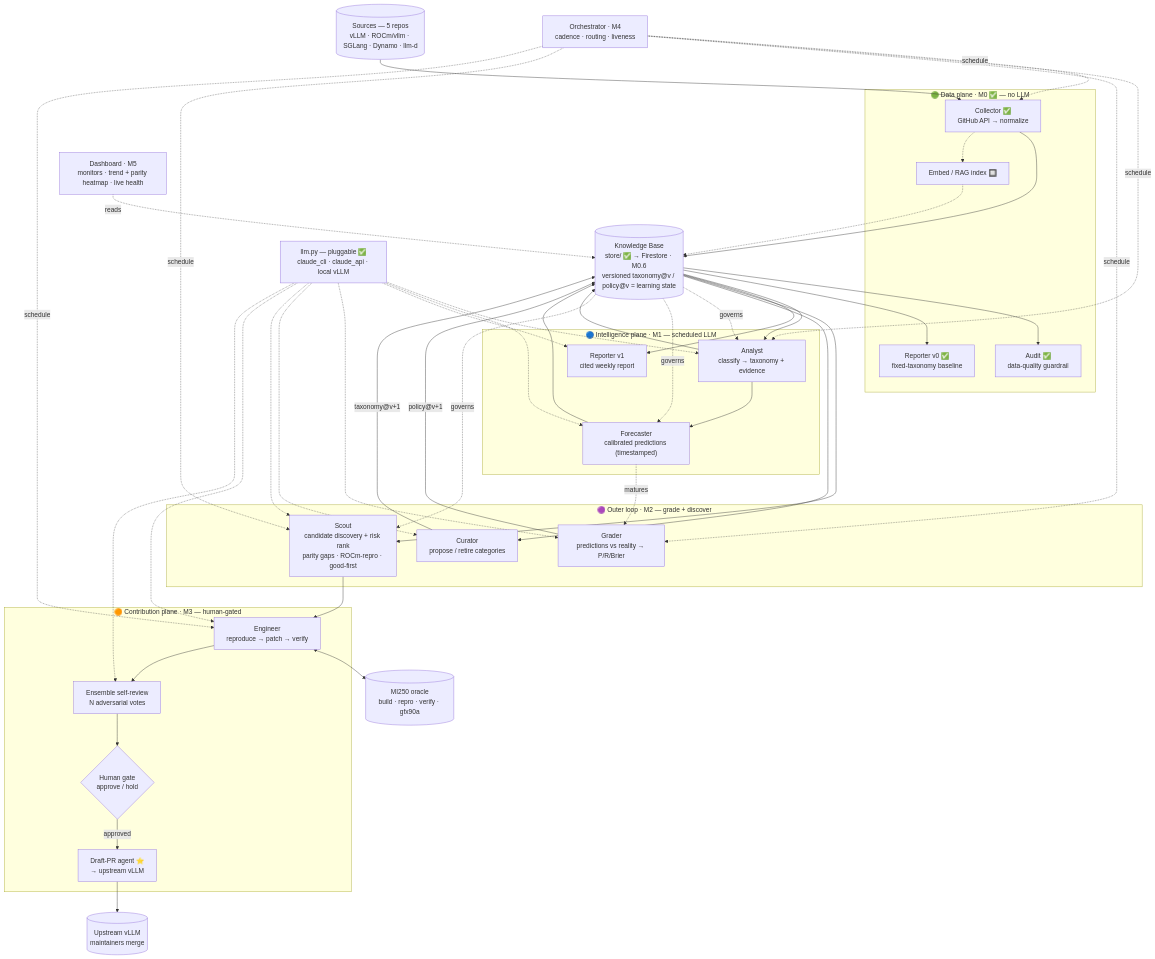
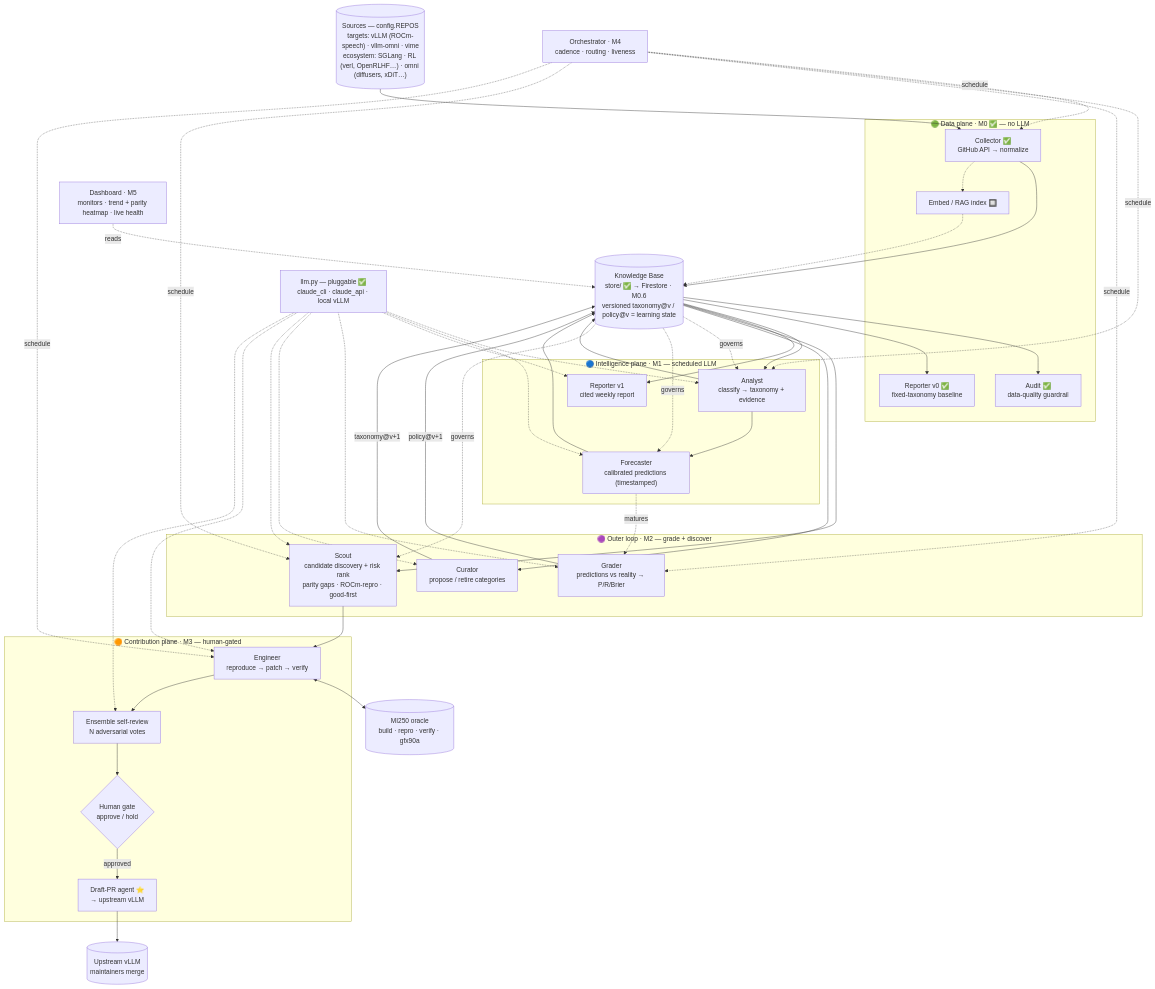
The first of 2 diagrams in docs/PLAN.md (HAN-oQo/vllm-forager), drawn with Mermaid before and after one commit. The commit also changed other lines of this file and 2 other files, not shown here.

First line of the commit message:
docs: retarget rework plan (M3.9) + refresh strategy/diagrams/README to multi-domain

````diff
--- a/docs/PLAN.md
+++ b/docs/PLAN.md
@@ -113,59 +115,59 @@
 ```mermaid
 flowchart TB
-  SRC[("Sources — 5 repos<br/>vLLM · ROCm/vllm · SGLang · Dynamo · llm-d")]
+  SRC[("Sources — config.REPOS<br/>targets: vLLM (ROCm-speech) · vllm-omni · vime<br/>ecosystem: SGLang · RL (verl, OpenRLHF…) · omni (diffusers, xDiT…)")]
 
   subgraph DATA["🟢 Data plane · M0 ✅ — no LLM"]
     COL["Collector ✅<br/>GitHub API → normalize"]
     EMB["Embed / RAG index 🔲"]
     AUD["Audit ✅<br/>data-quality guardrail"]
     REP0["Reporter v0 ✅<br/>fixed-taxonomy baseline"]
   end
 
   KB[("Knowledge Base<br/>store/ ✅ → Firestore · M0.6<br/>versioned taxonomy@v / policy@v = learning state")]
 
   subgraph INNER["🔵 Intelligence plane · M1 — scheduled LLM"]
     ANA["Analyst<br/>classify → taxonomy + evidence"]
     FC["Forecaster<br/>calibrated predictions (timestamped)"]
     REP1["Reporter v1<br/>cited weekly report"]
   end
 
   subgraph OUTER["🟣 Outer loop · M2 — grade + discover"]
     GRA["Grader<br/>predictions vs reality → P/R/Brier"]
     CUR["Curator<br/>propose / retire categories"]
     SCO["Scout<br/>candidate discovery + risk rank<br/>parity gaps · ROCm-repro · good-first"]
   end
 
   subgraph CONTRIB["🟠 Contribution plane · M3 — human-gated"]
     ENG["Engineer<br/>reproduce → patch → verify"]
     SELF["Ensemble self-review<br/>N adversarial votes"]
     HG{"Human gate<br/>approve / hold"}
     PR["Draft-PR agent ⭐<br/>→ upstream vLLM"]
   end
 
   MI250[("MI250 oracle<br/>build · repro · verify · gfx90a")]
   UP[("Upstream vLLM<br/>maintainers merge")]
 
   LLM["llm.py — pluggable ✅<br/>claude_cli · claude_api · local vLLM"]
   ORC["Orchestrator · M4<br/>cadence · routing · liveness"]
   DASH["Dashboard · M5<br/>monitors · trend + parity heatmap · live health"]
 
   SRC --> COL --> KB
   COL -.-> EMB -.-> KB
   KB --> AUD
   KB --> REP0
   KB --> ANA --> KB
   ANA --> FC --> KB
   KB --> REP1
   KB --> SCO --> ENG
   ENG <--> MI250
   ENG --> SELF --> HG
   HG -->|"approved"| PR --> UP
 
   FC -. matures .-> GRA -->|"policy@v+1"| KB
   KB --> CUR -->|"taxonomy@v+1"| KB
   KB -. governs .-> ANA & FC & SCO
 
   LLM -.-> ANA & FC & REP1 & GRA & CUR & SCO & ENG & SELF
   ORC -. schedule .-> COL & ANA & GRA & SCO & ENG
   DASH -. reads .-> KB
 ```
````
